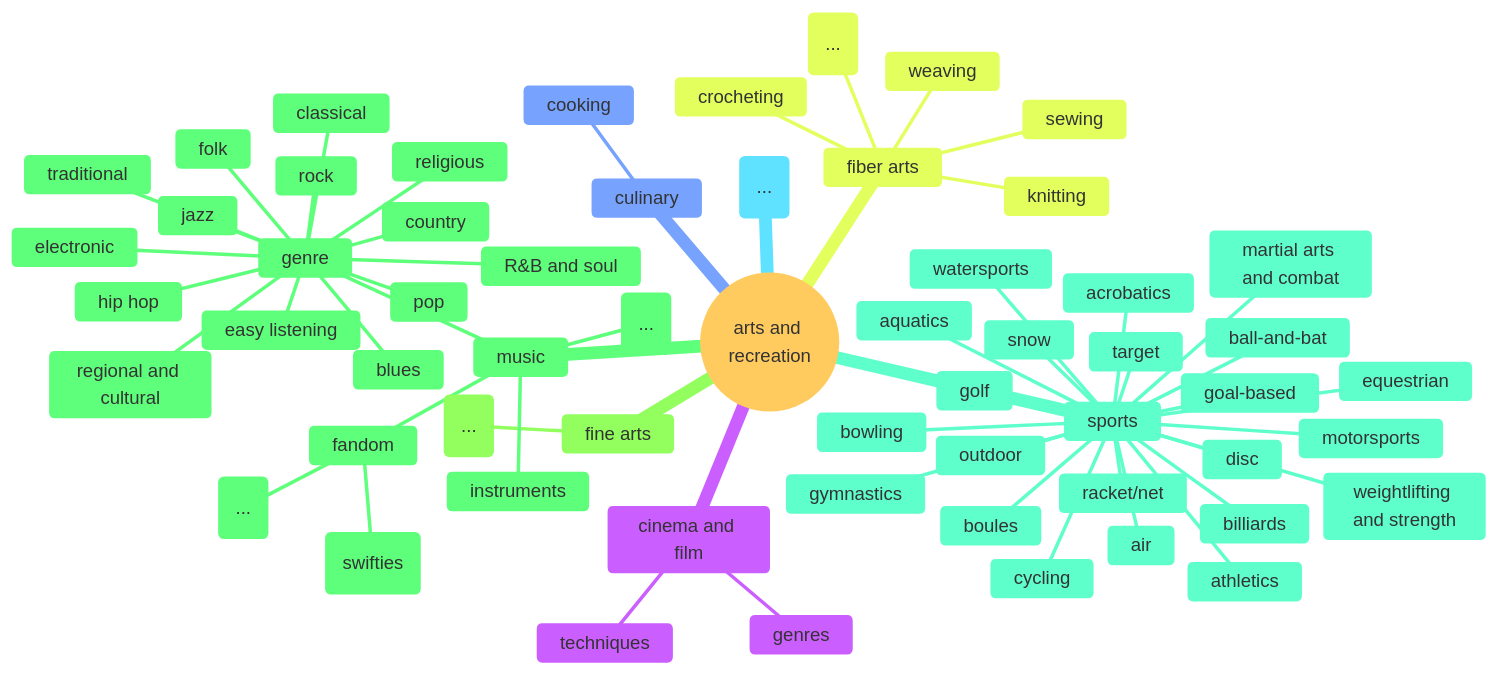
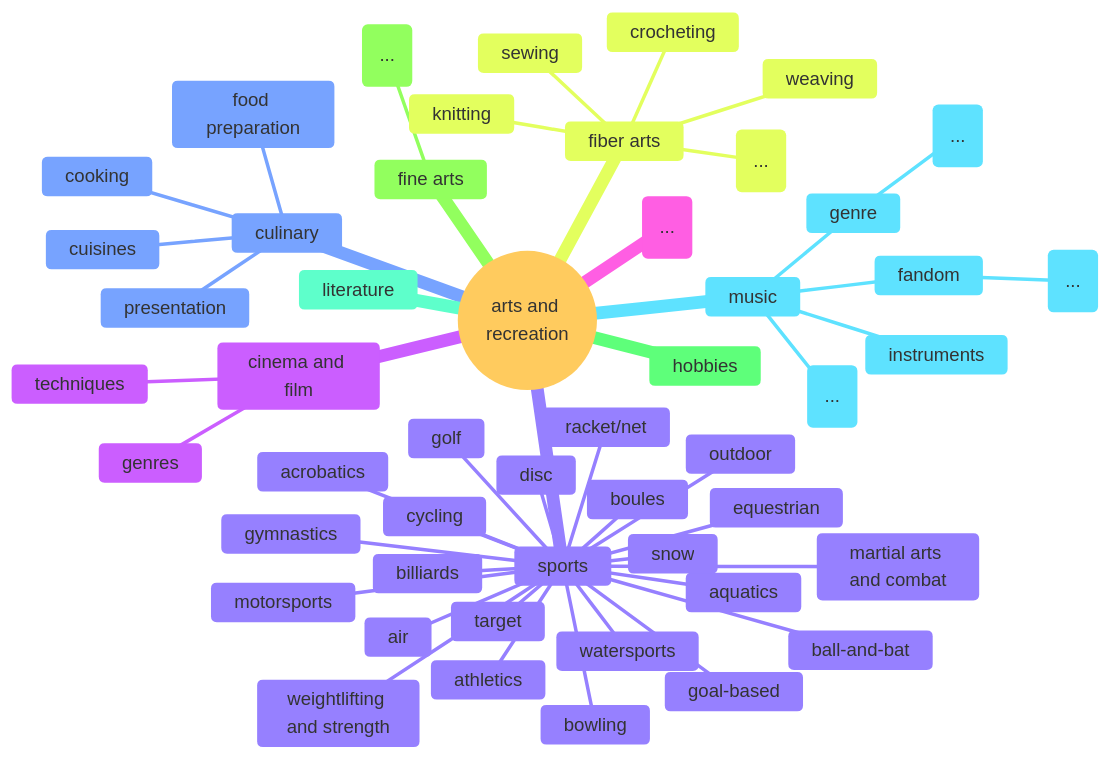
The fifth of 16 diagrams in docs/full_taxonomy.md (nimbinatus/taxonomy), drawn with Mermaid before and after one commit. The commit also changed other lines of this file, not shown here.

````diff
--- a/docs/full_taxonomy.md
+++ b/docs/full_taxonomy.md
@@ -158,70 +158,61 @@
 ```mermaid
 ---
 title: Arts and Recreation
 config:
     fontSize: 8
     theme: base
     mindmap:
         maxNodeWidth: 100
 ---
 mindmap
     root((arts and recreation))
         cinema and film
             genres
             techniques
         culinary
             cooking
+            cuisines
+            food preparation
+            presentation
         fiber arts
             crocheting
             knitting
             sewing
             weaving
             id(...)
         fine arts
             id(...)
+        hobbies
+        literature
         music
+            fandom
+                id(...)
             genre
-                blues
-                classical
-                country
-                easy listening
-                electronic
-                folk
-                hip hop
-                jazz
-                pop
-                R&B and soul
-                regional and cultural
-                religious
-                rock
-                traditional
-            fandom
-                id(swifties)
                 id(...)
             instruments
             id(...)
         sports
             acrobatics
             air
             aquatics
             athletics
             ball-and-bat
             billiards
             boules
             bowling
             cycling
             disc
             equestrian
             golf
             gymnastics
             goal-based
             martial arts and combat
             motorsports
             outdoor
             racket/net
             snow
             target
             watersports
             weightlifting and strength
         id(...)
 ```
````
